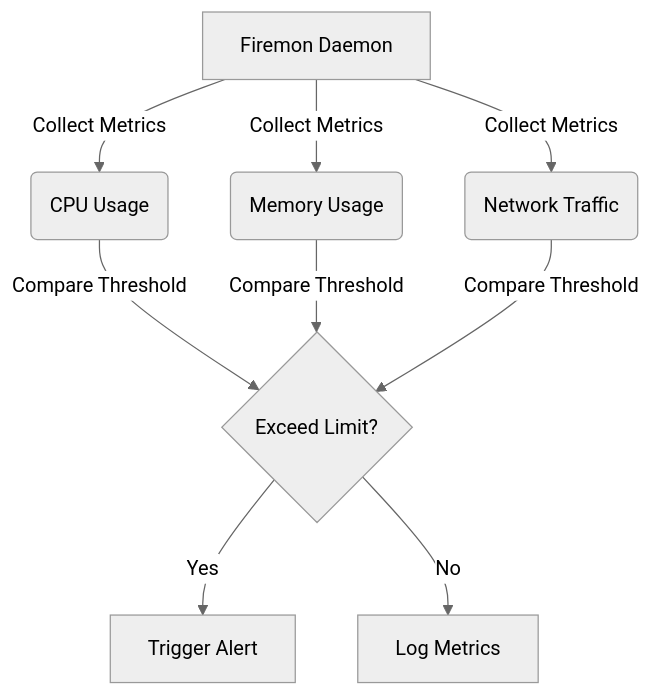
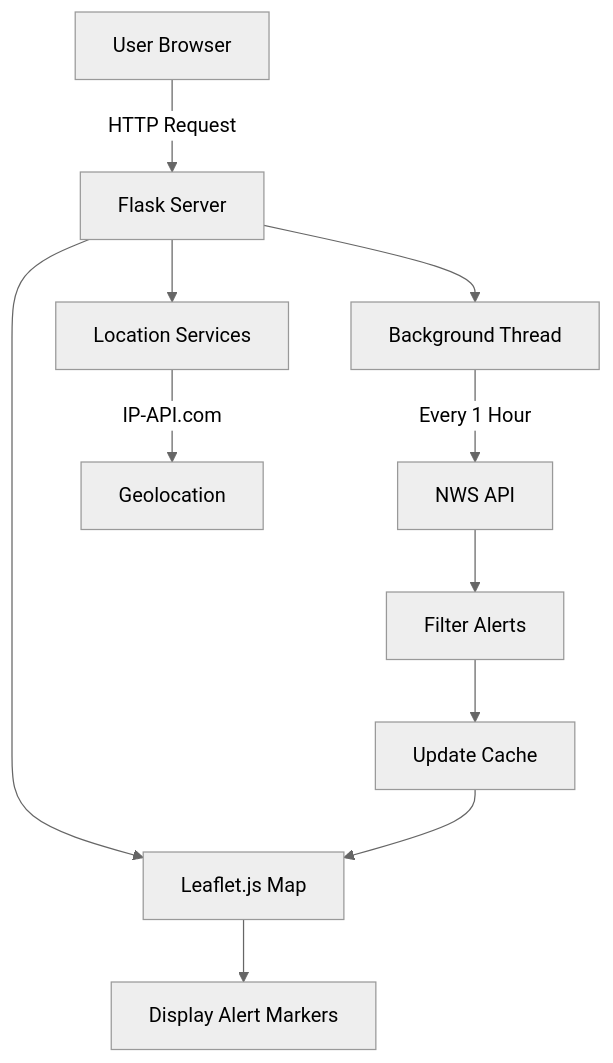
One commit to ronknight/firemon changed the diagram in README.md. Above: the diagram before and after it, drawn with Mermaid (neutral theme). The commit also changed other lines of this file, not shown here.

````diff
--- a/README.md
+++ b/README.md
@@ -62,11 +80,13 @@
 ```mermaid
 graph TD
-    A[Firemon Daemon] -->|Collect Metrics| B(CPU Usage)
-    A -->|Collect Metrics| C(Memory Usage)
-    A -->|Collect Metrics| D(Network Traffic)
-    B -->|Compare Threshold| E{Exceed Limit?}
-    C -->|Compare Threshold| E
-    D -->|Compare Threshold| E
-    E -->|Yes| F[Trigger Alert]
-    E -->|No| G[Log Metrics]
+    A[User Browser] -->|HTTP Request| B[Flask Server]
+    B --> C[Background Thread]
+    C -->|Every 1 Hour| D[NWS API]
+    D --> E[Filter Alerts]
+    E --> F[Update Cache]
+    B --> G[Leaflet.js Map]
+    F --> G
+    G --> H[Display Alert Markers]
+    B --> I[Location Services]
+    I -->|IP-API.com| J[Geolocation]
 ```
````
